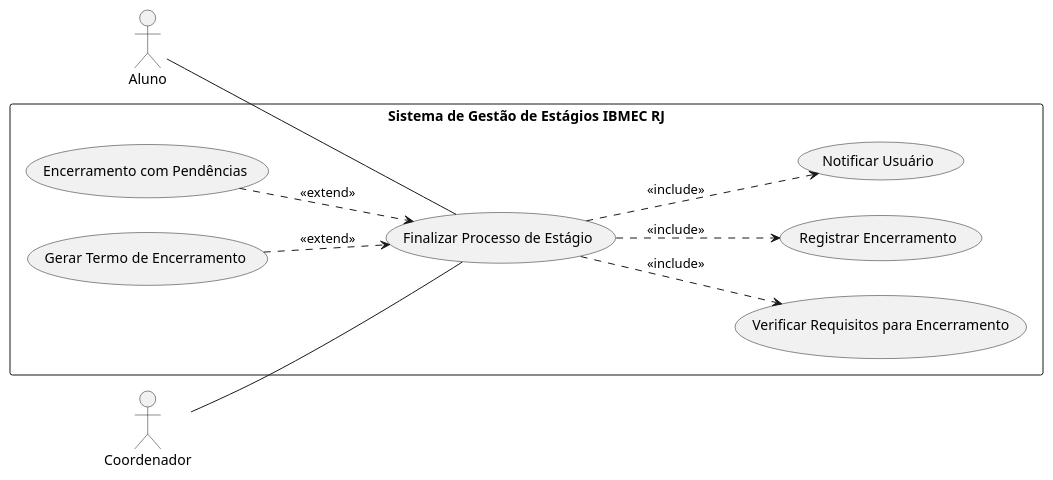
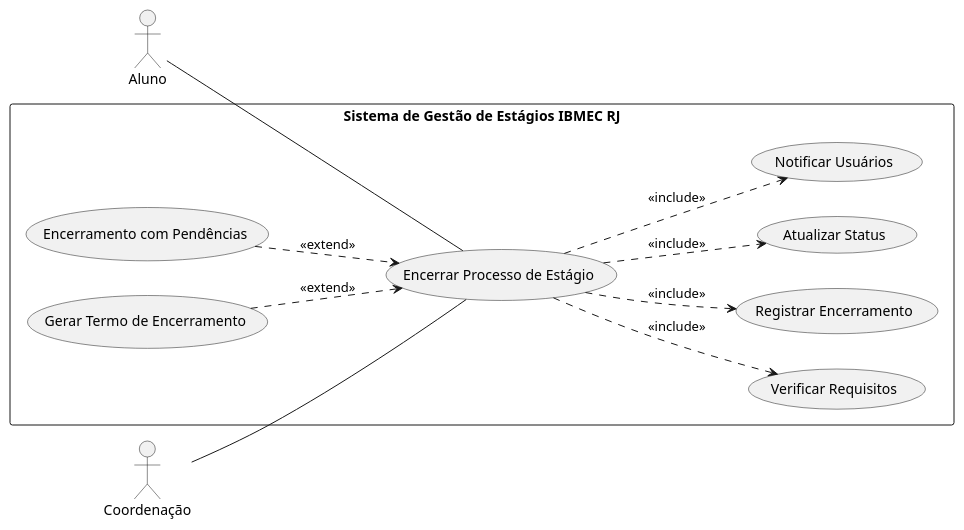
One commit to Projetos-de-Extensao/PBE_26.1_8002_I changed the eighth of 10 diagrams in docs/Elaboracao/casos_de_uso.md. Above: the diagram before and after it, drawn with PlantUML. The commit also changed other lines of this file, not shown here.

````diff
--- a/docs/Elaboracao/casos_de_uso.md
+++ b/docs/Elaboracao/casos_de_uso.md
@@ -418,32 +465,34 @@
 ```puml
 @startuml
 left to right direction
 
 actor Aluno
-actor Coordenador
+actor Coordenação
 
 rectangle "Sistema de Gestão de Estágios IBMEC RJ" {
 
-  usecase "Finalizar Processo de Estágio" as UC1
-  usecase "Verificar Requisitos para Encerramento" as UC2
+  usecase "Encerrar Processo de Estágio" as UC1
+  usecase "Verificar Requisitos" as UC2
   usecase "Registrar Encerramento" as UC3
-  usecase "Notificar Usuário" as UC4
-  usecase "Encerramento com Pendências" as UC5
-  usecase "Gerar Termo de Encerramento" as UC6
+  usecase "Atualizar Status" as UC4
+  usecase "Notificar Usuários" as UC5
+  usecase "Encerramento com Pendências" as UC6
+  usecase "Gerar Termo de Encerramento" as UC7
 
 }
 
 Aluno -- UC1
-Coordenador -- UC1
+Coordenação -- UC1
 
 UC1 ..> UC2 : <<include>>
 UC1 ..> UC3 : <<include>>
 UC1 ..> UC4 : <<include>>
+UC1 ..> UC5 : <<include>>
 
-UC5 ..> UC1 : <<extend>>
 UC6 ..> UC1 : <<extend>>
+UC7 ..> UC1 : <<extend>>
 
 @enduml
 
 
 ```
````
